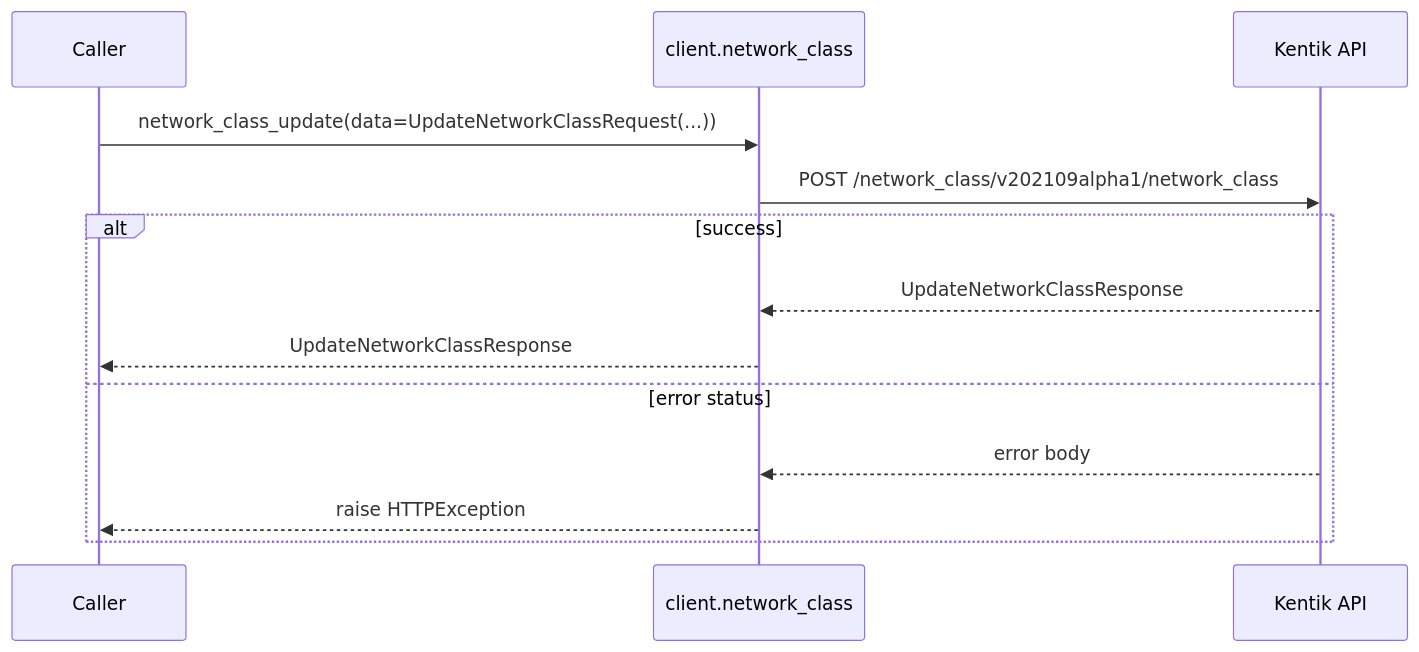
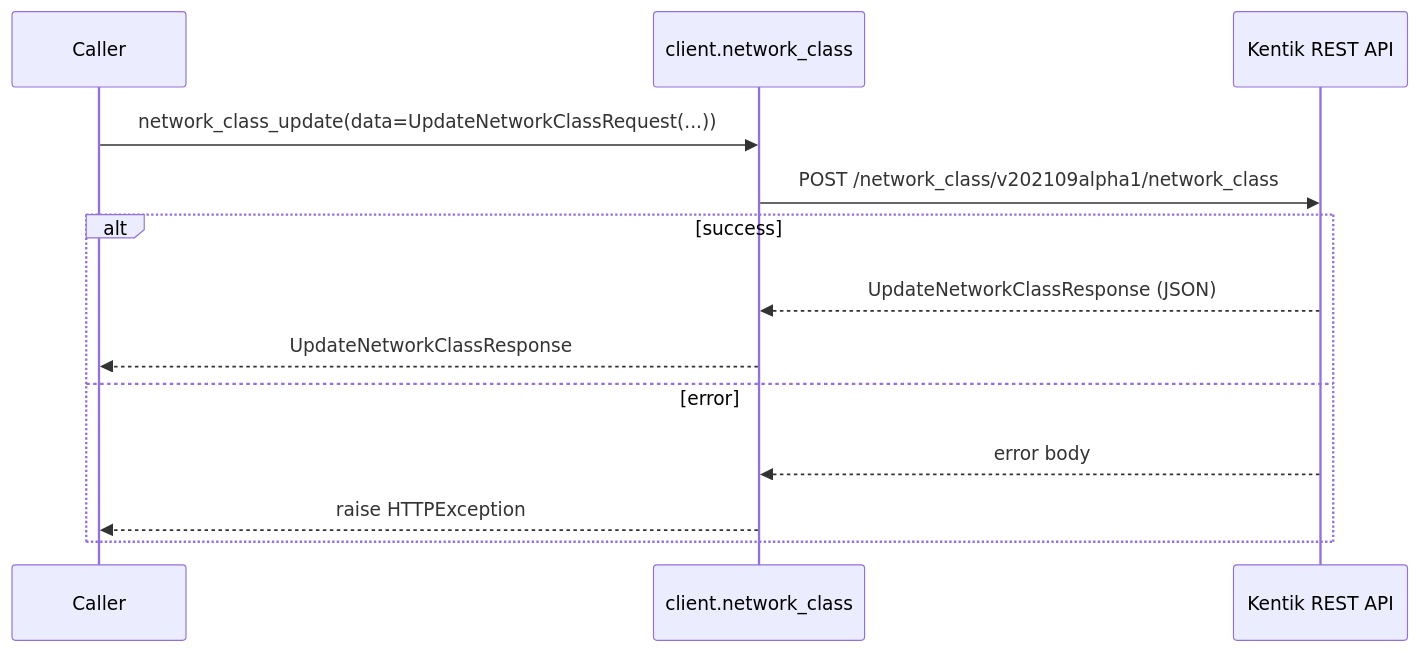
The fourth of 6 diagrams in docs/sphinx/services/network_class.md (alexdearaujo/community_sdk_python), drawn with Mermaid before and after one commit. The commit also changed other lines of this file and 61 other files, not shown here.

````diff
--- a/docs/sphinx/services/network_class.md
+++ b/docs/sphinx/services/network_class.md
@@ -75,16 +102,16 @@
 ```mermaid
 sequenceDiagram
     participant C as Caller
     participant W as client.network_class
-    participant API as Kentik API
+    participant API as Kentik REST API
 
     C->>W: network_class_update(data=UpdateNetworkClassRequest(...))
     W->>API: POST /network_class/v202109alpha1/network_class
     alt success
-        API-->>W: UpdateNetworkClassResponse
+        API-->>W: UpdateNetworkClassResponse (JSON)
         W-->>C: UpdateNetworkClassResponse
-    else error status
+    else error
         API-->>W: error body
         W-->>C: raise HTTPException
     end
 ```
````
